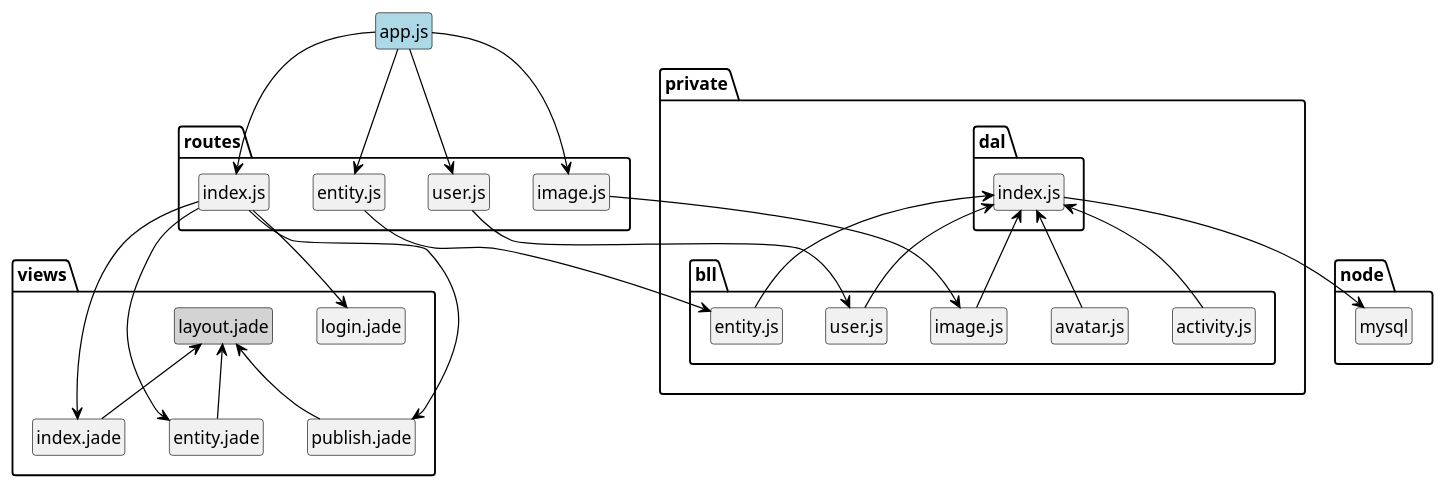
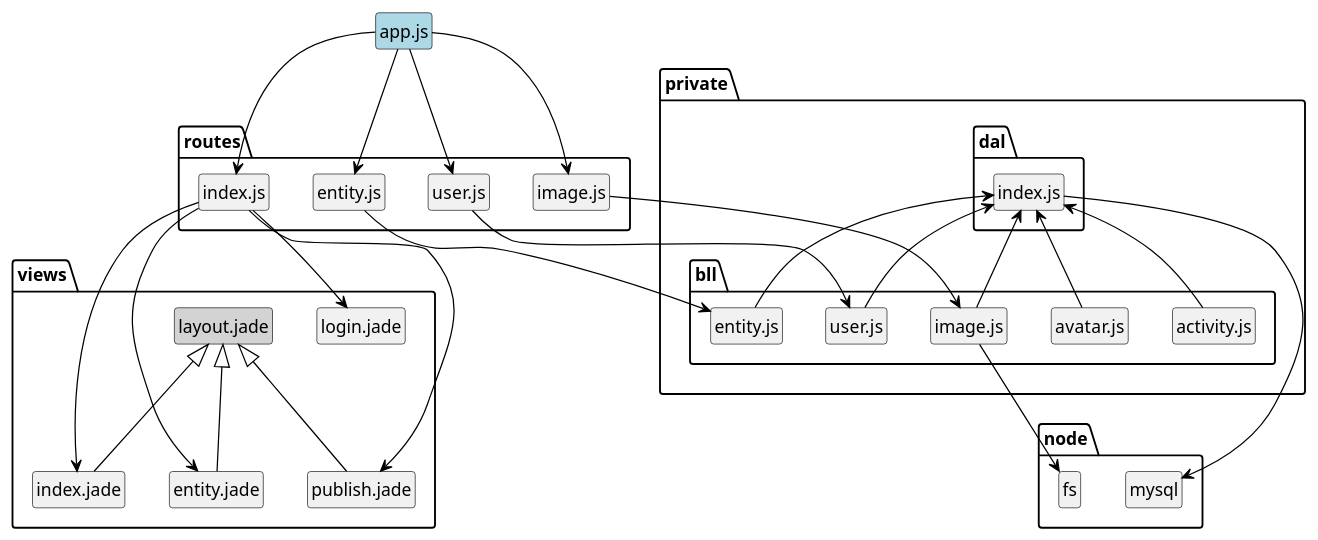
Before and after one commit to neo-nie/flea-market: the diagram in flea.puml, drawn with PlantUML. The commit also changed 2 other files, not shown here.

```diff
--- a/flea.puml
+++ b/flea.puml
@@ -1,65 +1,67 @@
 @startuml
 
 'skinparam monochrome true
 'skinparam classBackgroundColor White
 skinparam classArrowColor Black
 skinparam classBorderColor Black
 skinparam stereotypeCBackgroundColor Gray
 hide members
 hide circle
 
 class app as "app.js" #LightBlue
 
 namespace routes {
     class index as "index.js"
     class user as "user.js"
     class entity as "entity.js"
     class image as "image.js"
 }
 
 namespace views {
     class index as "index.jade"
     class entity as "entity.jade"
     class login as "login.jade"
     class publish as "publish.jade"
     class layout as "layout.jade" #LightGray
-    layout <-- index
-    layout <-- entity
-    layout <-- publish
+    layout <|-- index
+    layout <|-- entity
+    layout <|-- publish
 }
 
 namespace private.bll {
     class entity as "entity.js"
     class user as "user.js"
     class image as "image.js"
     class avatar as "avatar.js"
     class activity as "activity.js"
 }
 
 namespace private.dal {
     class index as "index.js"
 }
 
 app --> routes.index
 app --> routes.entity
 app --> routes.user
 app --> routes.image
 
 routes.index --> views.index
 routes.index --> views.entity
 routes.index --> views.publish
 routes.index --> views.login
 
 routes.user --> private.bll.user
 routes.entity --> private.bll.entity
 routes.image --> private.bll.image
 
 private.dal.index <-d- private.bll.user
 private.dal.index <-d- private.bll.entity
 private.dal.index <-d- private.bll.image
 private.dal.index <-d- private.bll.avatar
 private.dal.index <-d- private.bll.activity
 
+private.bll.image --> node.fs
+
 private.dal.index --> node.mysql
 
 @enduml
```
